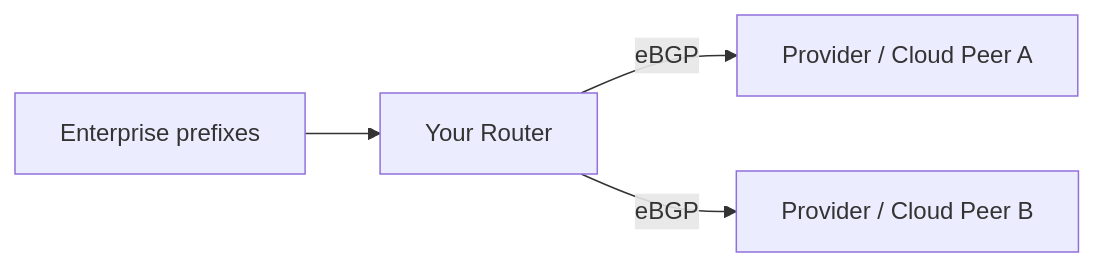
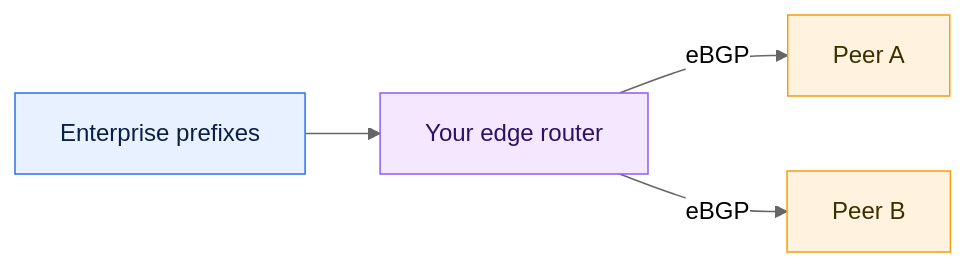
Before and after one commit to simonpainter/www.simonpainter.com: the third of 5 diagrams in blog/bgp-for-enterprise-cloud-connectivity.md, drawn with Mermaid. The commit also changed other lines of this file, not shown here.

Commit message:
Standardise Mermaid diagram styling

````diff
--- a/blog/bgp-for-enterprise-cloud-connectivity.md
+++ b/blog/bgp-for-enterprise-cloud-connectivity.md
@@ -356,9 +366,14 @@
 ```mermaid
+%%{init: {'theme':'neutral','flowchart':{'curve':'basis'},'themeVariables':{'fontFamily':'Inter, system-ui, -apple-system, Segoe UI, Roboto, Helvetica, Arial'}}}%%
 flowchart LR
-  LAN[Enterprise prefixes] --> R[Your Router]
-  R -- eBGP --> ISP1[Provider / Cloud Peer A]
-  R -- eBGP --> ISP2[Provider / Cloud Peer B]
+  classDef enterprise fill:#E8F1FF,stroke:#2F6FED,stroke-width:1px,color:#0B1F44;
+  classDef provider fill:#FFF3E0,stroke:#F59E0B,stroke-width:1px,color:#3B2F00;
+  classDef edge fill:#F3E8FF,stroke:#8B5CF6,stroke-width:1px,color:#2E1065;
 
-  %% Outbound: set higher LOCAL_PREF on routes learned via A
-  %% Failover: when A withdraws, B remains
+  LAN[Enterprise prefixes]:::enterprise --> R[Your edge router]:::edge
+  R -- eBGP --> ISP1[Peer A]:::provider
+  R -- eBGP --> ISP2[Peer B]:::provider
+
+  %% Outbound: set higher LOCAL_PREF on routes learned via Peer A.
+  %% Failover: when A withdraws, B remains.
 ```
````
